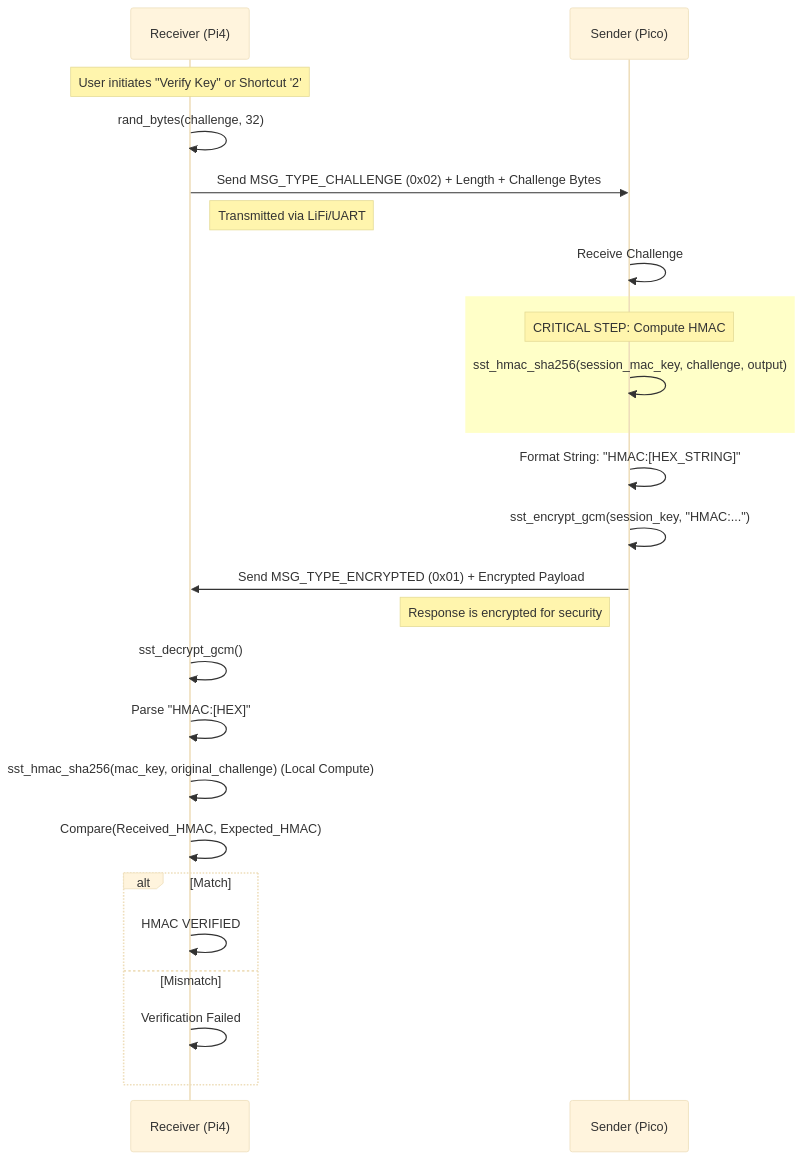
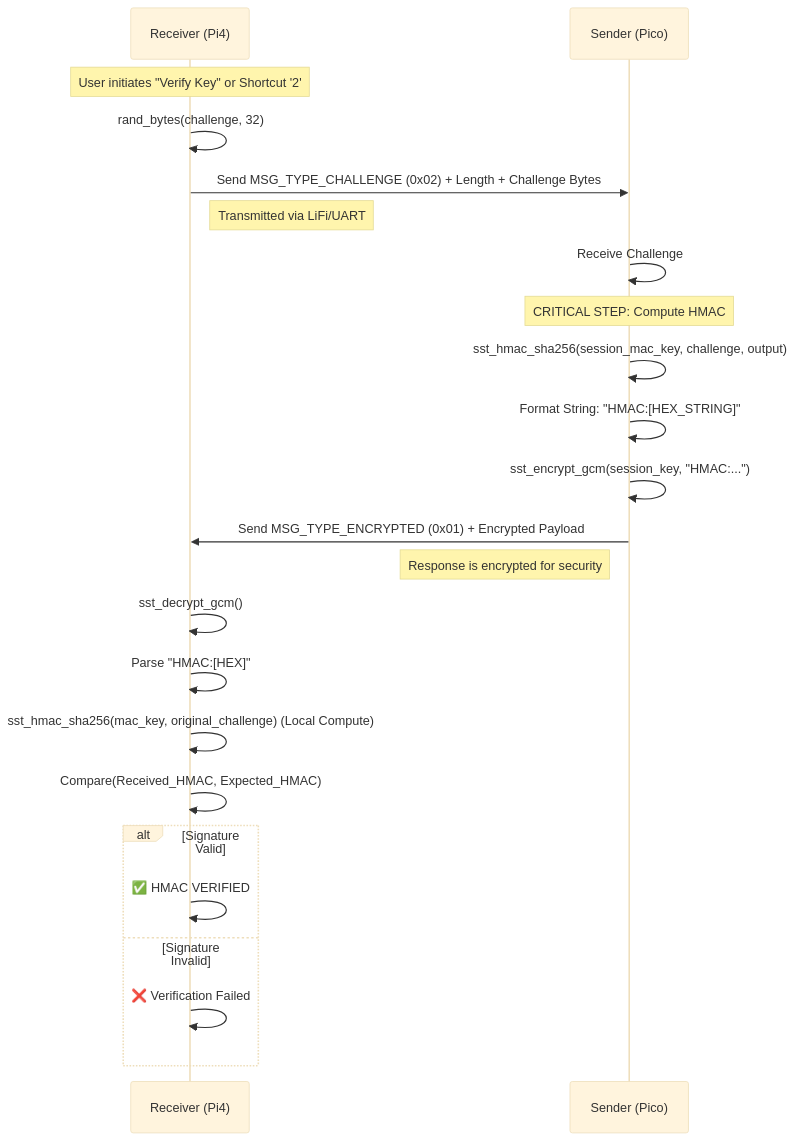
The diagram in diagrams/hmac_challenge.md (iotauth/lifi-auth), drawn with Mermaid (base theme) before and after one commit.

Commit message:
better readability

````diff
--- a/diagrams/hmac_challenge.md
+++ b/diagrams/hmac_challenge.md
@@ -5,36 +5,34 @@
 ```mermaid
 sequenceDiagram
     participant Pi4 as Receiver (Pi4)
     participant Pico as Sender (Pico)
 
     Note over Pi4: User initiates "Verify Key" or Shortcut '2'
     Pi4->>Pi4: rand_bytes(challenge, 32)
     
     Pi4->>Pico: Send MSG_TYPE_CHALLENGE (0x02) + Length + Challenge Bytes
     Note right of Pi4: Transmitted via LiFi/UART
     
     Pico->>Pico: Receive Challenge
     
-    rect rgb(255, 255, 200)
     Note over Pico: CRITICAL STEP: Compute HMAC
     Pico->>Pico: sst_hmac_sha256(session_mac_key, challenge, output)
-    end
     
     Pico->>Pico: Format String: "HMAC:[HEX_STRING]"
     Pico->>Pico: sst_encrypt_gcm(session_key, "HMAC:...")
     
     Pico->>Pi4: Send MSG_TYPE_ENCRYPTED (0x01) + Encrypted Payload
     Note left of Pico: Response is encrypted for security
     
     Pi4->>Pi4: sst_decrypt_gcm()
     Pi4->>Pi4: Parse "HMAC:[HEX]"
     
     Pi4->>Pi4: sst_hmac_sha256(mac_key, original_challenge) (Local Compute)
     Pi4->>Pi4: Compare(Received_HMAC, Expected_HMAC)
     
-    alt Match
-        Pi4->>Pi4: HMAC VERIFIED
-    else Mismatch
-        Pi4->>Pi4: Verification Failed
+    alt Signature Valid
+        Pi4->>Pi4: ✅ HMAC VERIFIED
+    else Signature Invalid
+        Pi4->>Pi4: ❌ Verification Failed
     end
 ```
````
